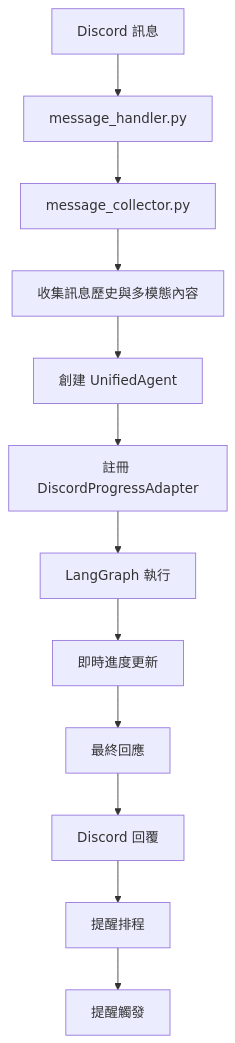
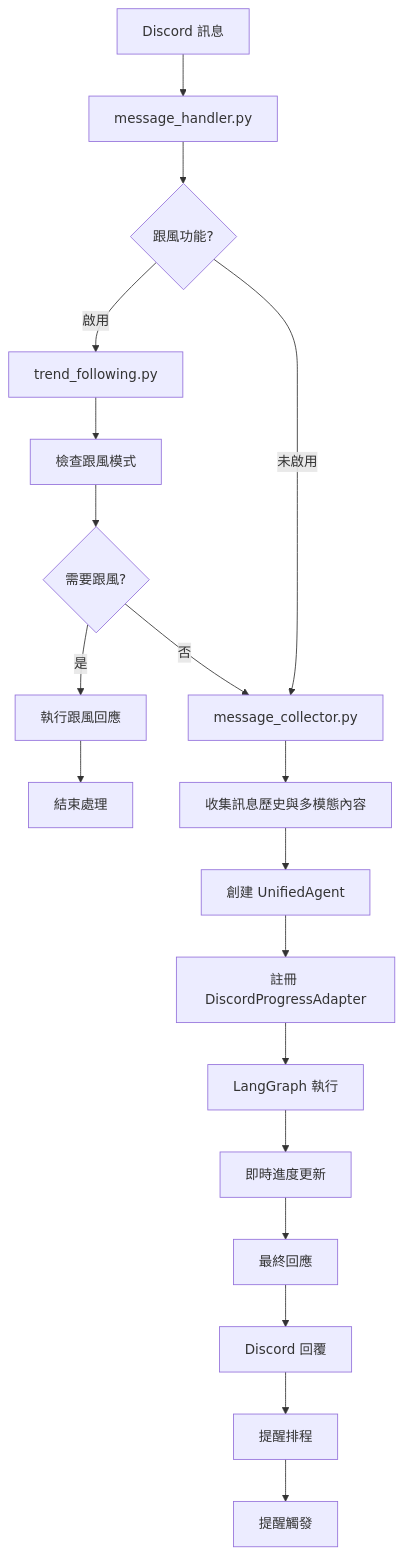
The first of 3 diagrams in project_structure.md (csvt32745/DCPersona), drawn with Mermaid before and after one commit. The commit also changed other lines of this file and 8 other files, not shown here.

First line of the commit message:
Implement trend following feature for Discord bot

````diff
--- a/project_structure.md
+++ b/project_structure.md
@@ -110,14 +111,21 @@
 ```mermaid
 flowchart TD
     A[Discord 訊息] --> B[message_handler.py]
-    B --> C[message_collector.py]
+    B --> B1{跟風功能?}
+    B1 -->|啟用| TF[trend_following.py]
+    TF --> TF1[檢查跟風模式]
+    TF1 --> TF2{需要跟風?}
+    TF2 -->|是| TF3[執行跟風回應]
+    TF2 -->|否| C[message_collector.py]
+    B1 -->|未啟用| C
+    TF3 --> END1[結束處理]
     C --> D[收集訊息歷史與多模態內容]
     D --> E[創建 UnifiedAgent]
     E --> F[註冊 DiscordProgressAdapter]
     F --> G[LangGraph 執行]
     G --> H[即時進度更新]
     H --> I[最終回應]
     I --> J[Discord 回覆]
     J --> K[提醒排程]
     K --> L[提醒觸發]
 ```
````
